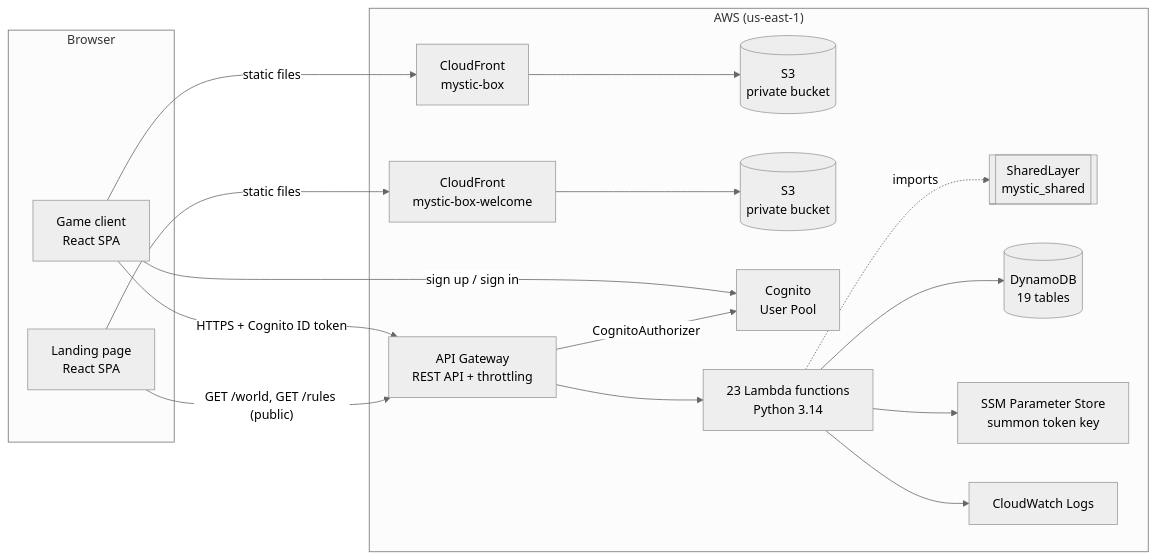
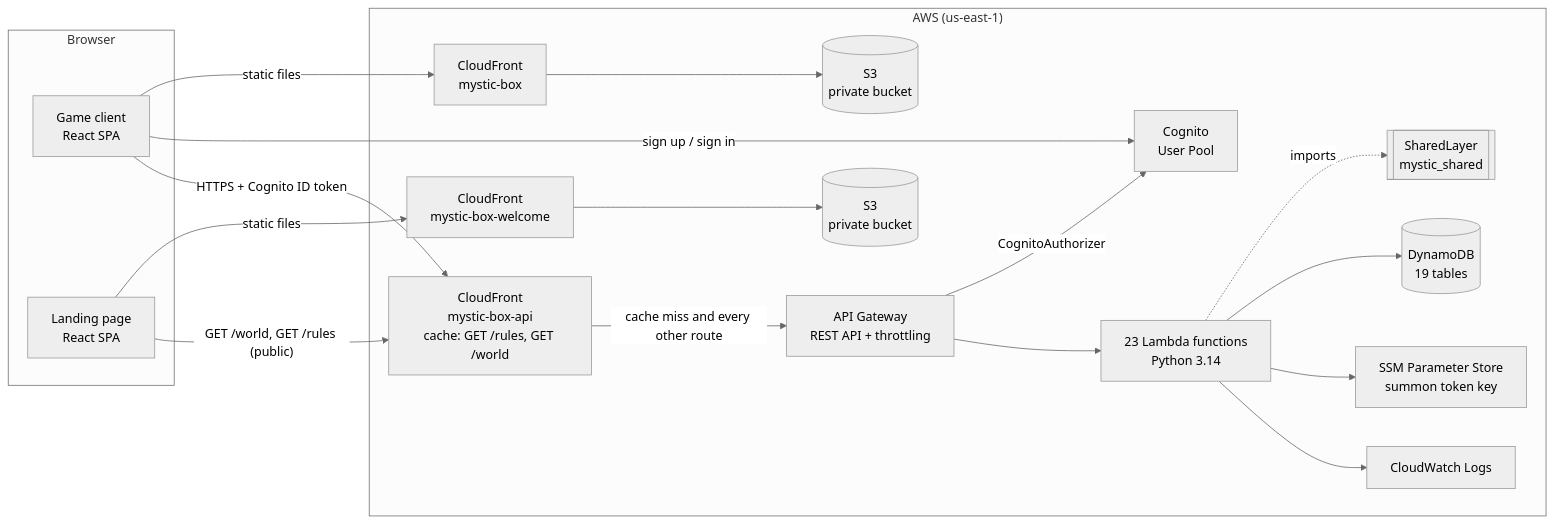
Before and after one commit to gesitaric/mystic-box: the diagram in README.md, drawn with Mermaid (neutral theme). The commit also changed other lines of this file and 5 other files, not shown here.

First line of the commit message:
Docs: READMEs com o CloudFront da API e o sorteio pendente (#102) (#103)

````diff
--- a/README.md
+++ b/README.md
@@ -47,31 +47,33 @@
 ```mermaid
 flowchart LR
     subgraph Browser
         G[Game client<br/>React SPA]
         W[Landing page<br/>React SPA]
     end
 
     subgraph AWS["AWS (us-east-1)"]
         CF1[CloudFront<br/>mystic-box] --> S31[(S3<br/>private bucket)]
         CF2[CloudFront<br/>mystic-box-welcome] --> S32[(S3<br/>private bucket)]
+        CF3["CloudFront<br/>mystic-box-api<br/>cache: GET /rules, GET /world"]
         COG[Cognito<br/>User Pool]
         APIGW[API Gateway<br/>REST API + throttling]
         L[23 Lambda functions<br/>Python 3.14]
         LAYER[[SharedLayer<br/>mystic_shared]]
         DDB[(DynamoDB<br/>19 tables)]
         SSM[SSM Parameter Store<br/>summon token key]
         CW[CloudWatch Logs]
     end
 
     G -- static files --> CF1
     W -- static files --> CF2
     G -- sign up / sign in --> COG
-    G -- "HTTPS + Cognito ID token" --> APIGW
-    W -- "GET /world, GET /rules (public)" --> APIGW
+    G -- "HTTPS + Cognito ID token" --> CF3
+    W -- "GET /world, GET /rules (public)" --> CF3
+    CF3 -- "cache miss and every other route" --> APIGW
     APIGW -- CognitoAuthorizer --> COG
     APIGW --> L
     L -. imports .-> LAYER
     L --> DDB
     L --> SSM
     L --> CW
 ```
````
